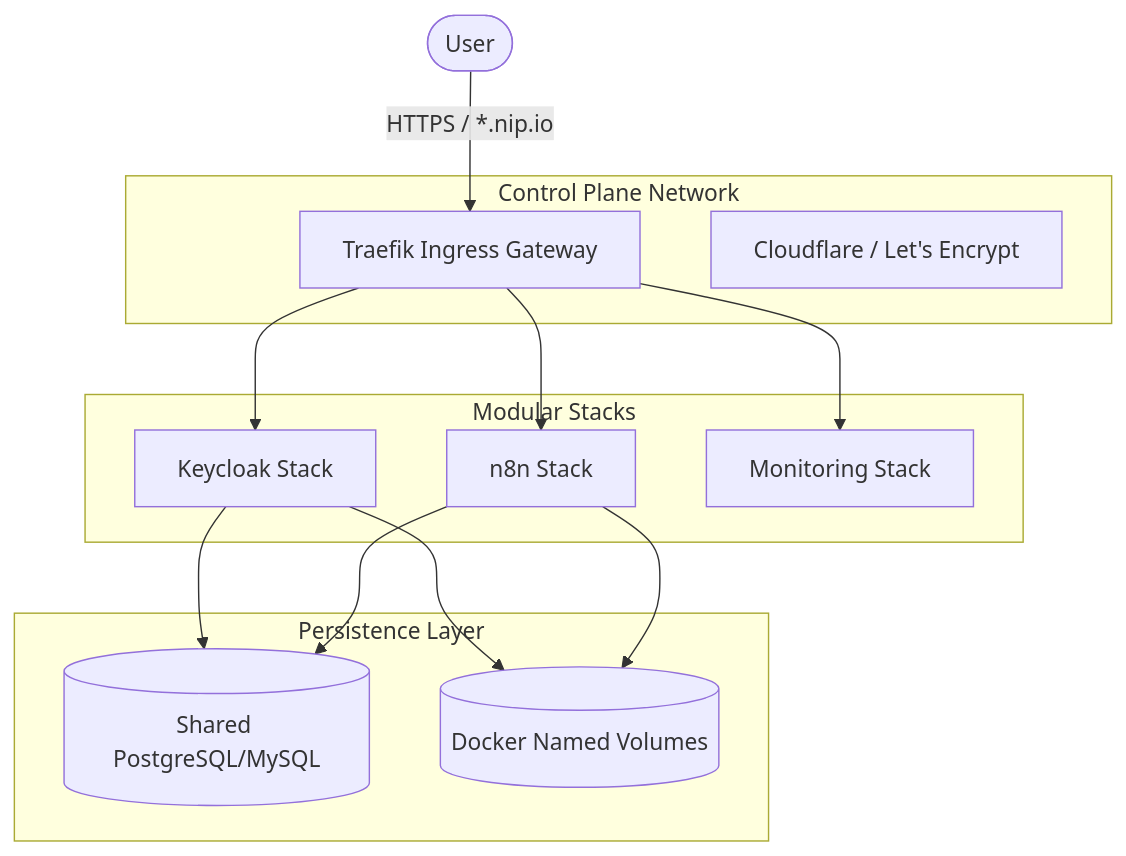
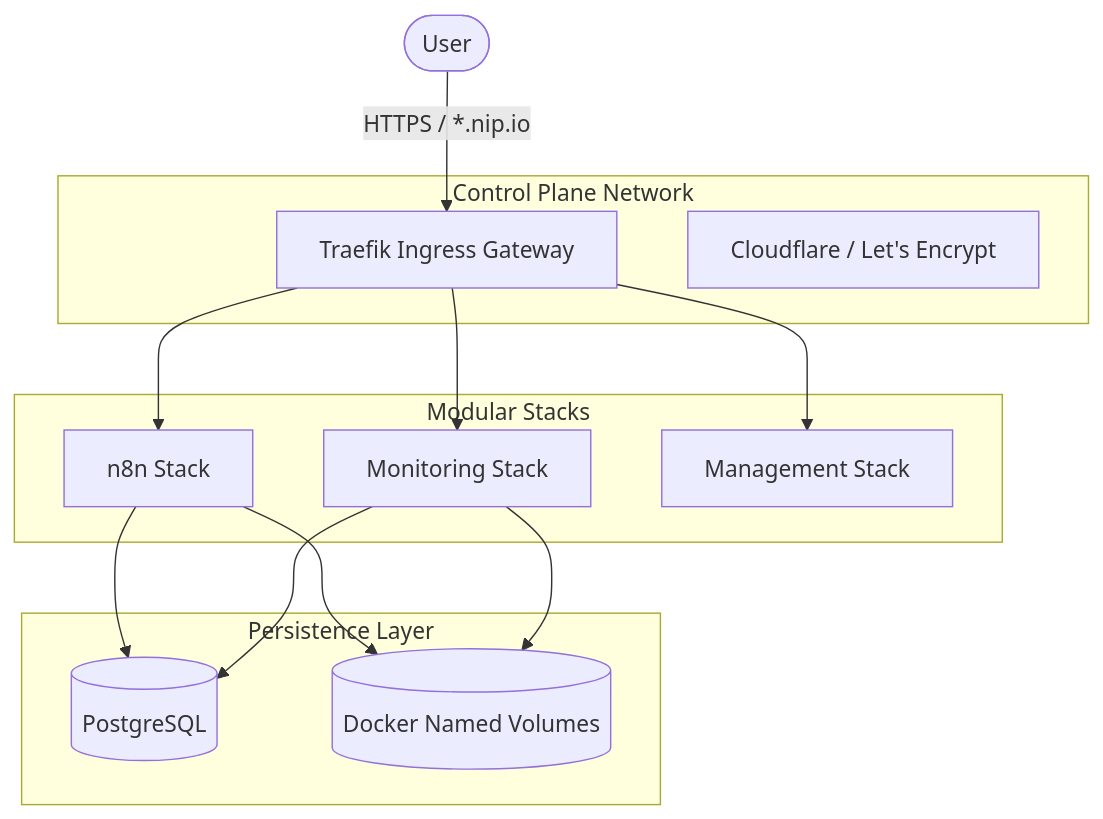
Before and after one commit to chinmaymjog/cloudops-sandbox: the diagram in docs/posts/cloudops-sandbox-article.md, drawn with Mermaid. The commit also changed other lines of this file and 35 other files, not shown here.

````diff
--- a/docs/posts/cloudops-sandbox-article.md
+++ b/docs/posts/cloudops-sandbox-article.md
@@ -20,30 +20,30 @@
 ```mermaid
 graph TD
     User([User]) -->|HTTPS / *.nip.io| Traefik[Traefik Ingress Gateway]
     
     subgraph "Control Plane Network"
         Traefik
         DNS[Cloudflare / Let's Encrypt]
     end
 
     subgraph "Modular Stacks"
-        App1[Keycloak Stack]
-        App2[n8n Stack]
-        App3[Monitoring Stack]
+        App1[n8n Stack]
+        App2[Monitoring Stack]
+        App3[Management Stack]
     end
 
     subgraph "Persistence Layer"
-        DB[(Shared PostgreSQL/MySQL)]
+        DB[(PostgreSQL)]
         Vol[(Docker Named Volumes)]
     end
 
     Traefik --> App1
     Traefik --> App2
     Traefik --> App3
     
     App1 --> DB
     App2 --> DB
     
     App1 --> Vol
     App2 --> Vol
 ```
````
